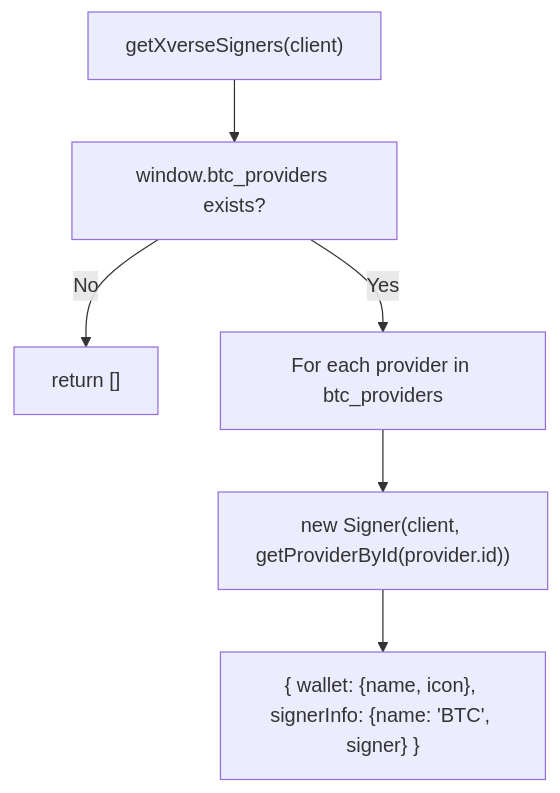
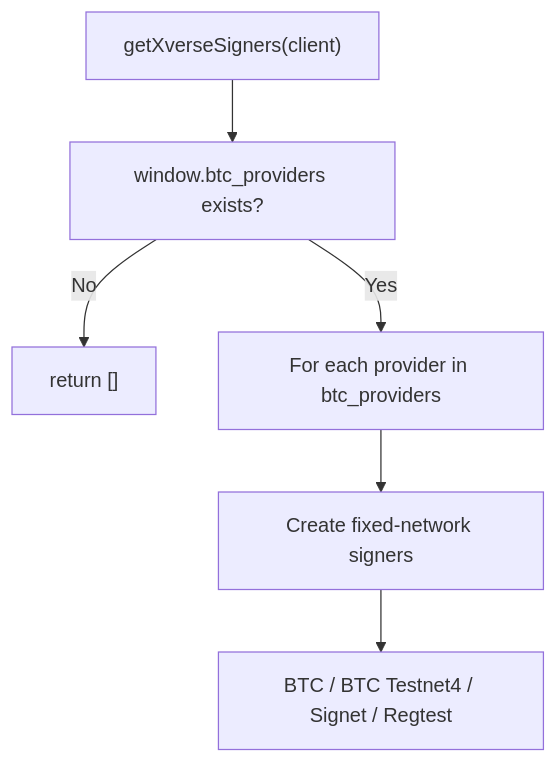
One commit to ckb-devrel/ccc changed the second of 4 diagrams in packages/docs/content/docs/packages/wallet-integrations/xverse.mdx. Above: the diagram before and after it, drawn with Mermaid. The commit also changed other lines of this file and 18 other files, not shown here.

````diff
--- a/packages/docs/content/docs/packages/wallet-integrations/xverse.mdx
+++ b/packages/docs/content/docs/packages/wallet-integrations/xverse.mdx
@@ -73,8 +73,8 @@
 ```mermaid
 graph TD
     Start["getXverseSigners(client)"] --> Check["window.btc_providers exists?"]
     Check -->|No| Empty["return []"]
     Check -->|Yes| Iter["For each provider in btc_providers"]
-    Iter --> Create["new Signer(client, getProviderById(provider.id))"]
-    Create --> Result["{ wallet: {name, icon}, signerInfo: {name: 'BTC', signer} }"]
+    Iter --> Create["Create fixed-network signers"]
+    Create --> Result["BTC / BTC Testnet4 / Signet / Regtest"]
 ```
````
